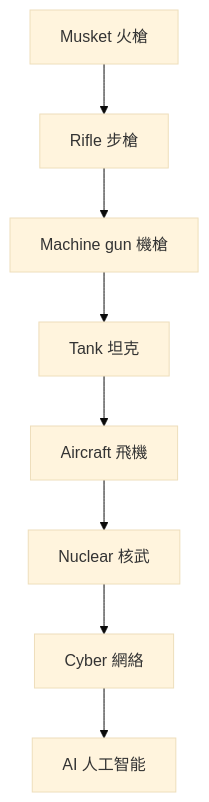
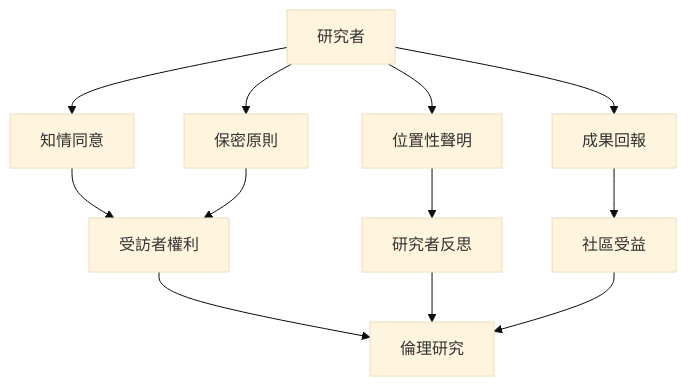
One commit to yip-lgtm/HKU-Harvard-History-Self-Study changed the eighth of 10 diagrams in 01_HKU_Courses/HIST4028_History_without_Borders.md. Above: the diagram before and after it, drawn with Mermaid (base theme). The commit also changed other lines of this file and 65 other files, not shown here.

````diff
--- a/01_HKU_Courses/HIST4028_History_without_Borders.md
+++ b/01_HKU_Courses/HIST4028_History_without_Borders.md
@@ -396,10 +363,14 @@
 ```mermaid
-graph TD
-    A[Musket 火槍] --> B[Rifle 步槍]
-    B --> C[Machine gun 機槍]
-    C --> D[Tank 坦克]
-    D --> E[Aircraft 飛機]
-    E --> F[Nuclear 核武]
-    F --> G[Cyber 網絡]
-    G --> H[AI 人工智能]
+flowchart TD
+    A[研究者] --> B[知情同意]
+    A --> C[保密原則]
+    A --> D[位置性聲明]
+    A --> E[成果回報]
+    B --> F[受訪者權利]
+    C --> F
+    D --> G[研究者反思]
+    E --> H[社區受益]
+    F --> I[倫理研究]
+    G --> I
+    H --> I
 ```
````
